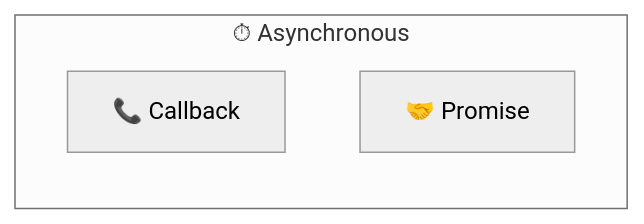
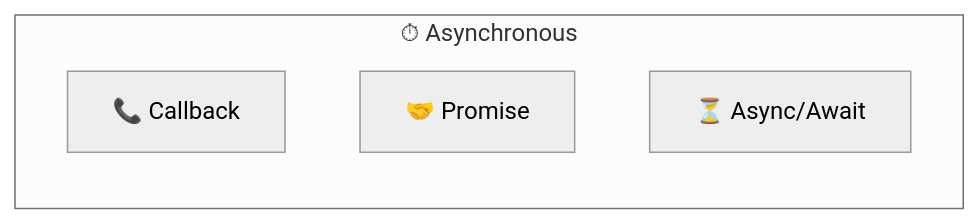
The third of 16 diagrams in _posts/2024-07-17-nodejs-fundemental.md (kelvin-bz/blog), drawn with Mermaid (neutral theme) before and after one commit. The commit also changed other lines of this file, not shown here.

````diff
--- a/_posts/2024-07-17-nodejs-fundemental.md
+++ b/_posts/2024-07-17-nodejs-fundemental.md
@@ -84,7 +84,8 @@
 ```mermaid
 graph LR
 subgraph Asynchronous["⏱ Asynchronous"]
     callback["📞 Callback"]
     promise["🤝 Promise"]
+    asyncawait["⏳ Async/Await"]
 end
 ```
````
